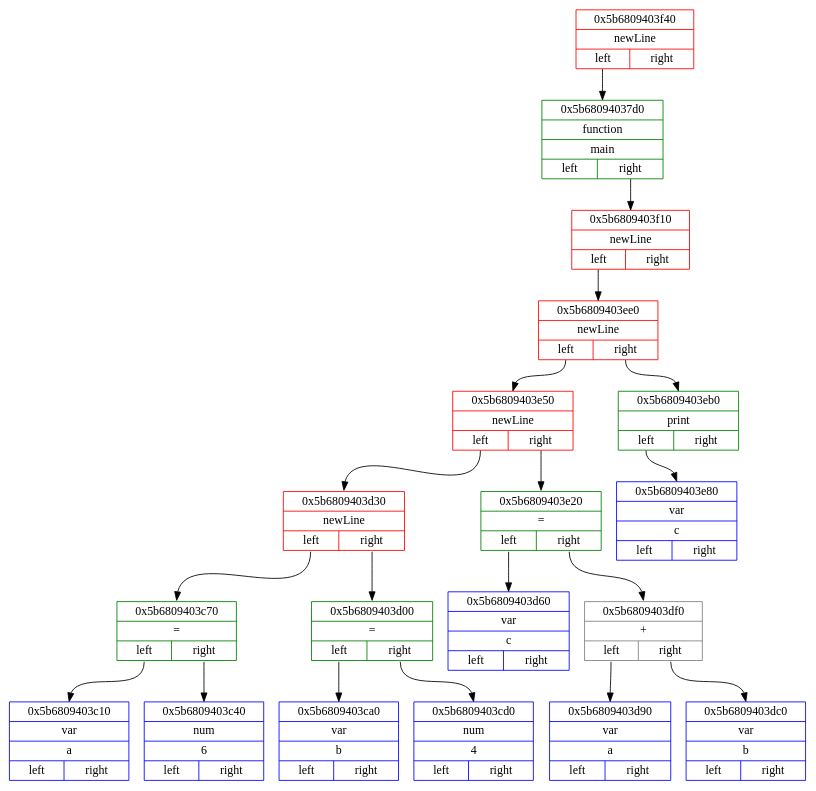
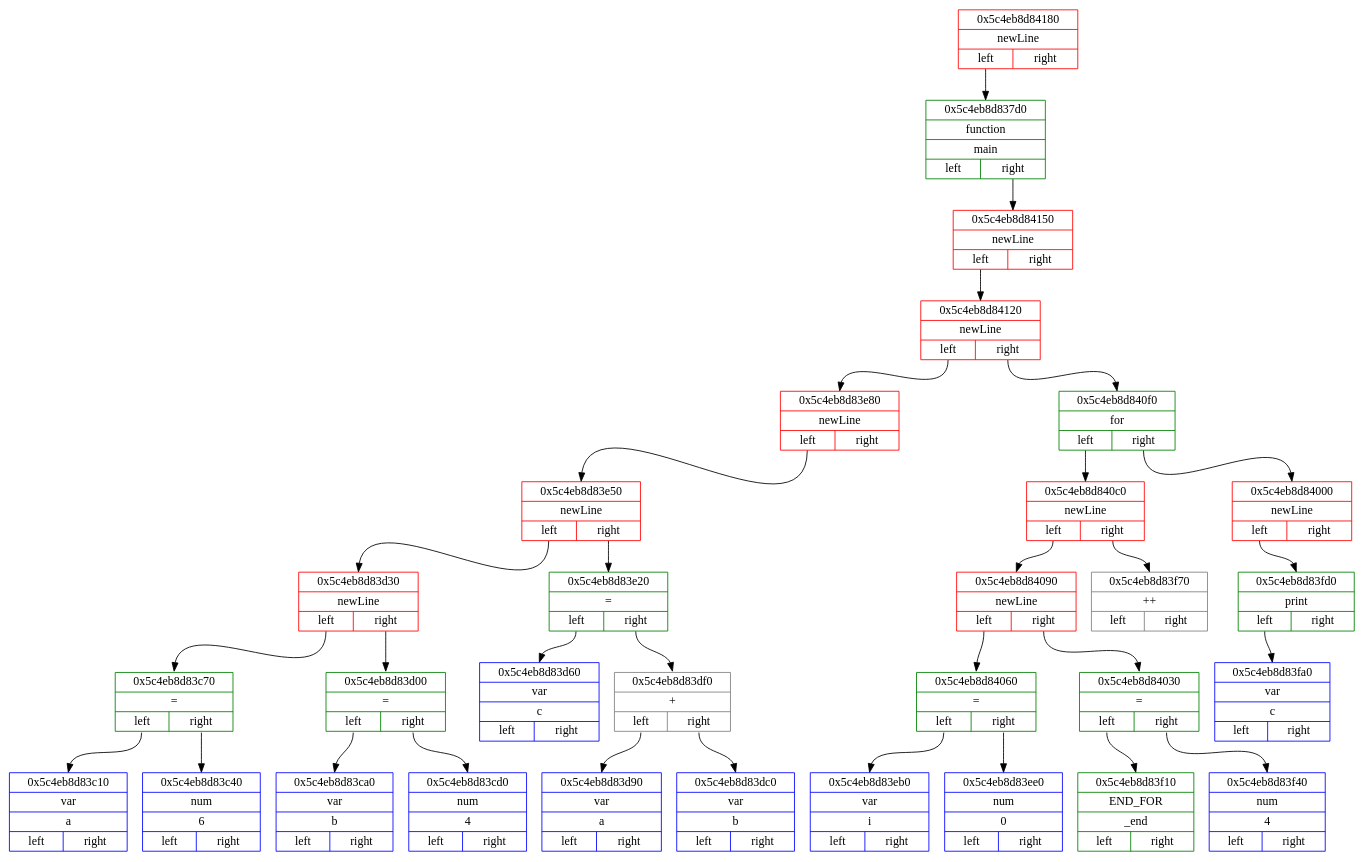
The diagram in dot_files/frontenedDotFile.dot (Matvey787/Language), drawn with Graphviz before and after one commit. The commit also changed 14 other files, not shown here.

```diff
--- a/dot_files/frontenedDotFile.dot
+++ b/dot_files/frontenedDotFile.dot
@@ -1,42 +1,66 @@
 digraph
 { 
 rankdir=HR;
 
-node0x5b6809403f40 [ shape=record, color = red rank = 1, label= "{ 0x5b6809403f40 | newLine |         {<n0x5b6809403f40_l> left | <n0x5b6809403f40_r> right}} " ];
-node0x5b68094037d0 [ shape=record, color = green rank = 2, label= "{ 0x5b68094037d0 | function | main |         {<n0x5b68094037d0_l> left | <n0x5b68094037d0_r> right}} " ];
-node0x5b6809403f10 [ shape=record, color = red rank = 3, label= "{ 0x5b6809403f10 | newLine |         {<n0x5b6809403f10_l> left | <n0x5b6809403f10_r> right}} " ];
-node0x5b6809403ee0 [ shape=record, color = red rank = 4, label= "{ 0x5b6809403ee0 | newLine |         {<n0x5b6809403ee0_l> left | <n0x5b6809403ee0_r> right}} " ];
-node0x5b6809403e50 [ shape=record, color = red rank = 5, label= "{ 0x5b6809403e50 | newLine |         {<n0x5b6809403e50_l> left | <n0x5b6809403e50_r> right}} " ];
-node0x5b6809403d30 [ shape=record, color = red rank = 6, label= "{ 0x5b6809403d30 | newLine |         {<n0x5b6809403d30_l> left | <n0x5b6809403d30_r> right}} " ];
-node0x5b6809403c70 [ shape=record, color = green rank = 7, label= "{ 0x5b6809403c70 | = |         {<n0x5b6809403c70_l> left | <n0x5b6809403c70_r> right}} " ];
-node0x5b6809403c10 [ shape=record, color = blue rank = 8, label= "{ 0x5b6809403c10 | var | a |         {<n0x5b6809403c10_l> left | <n0x5b6809403c10_r> right}} " ];
-node0x5b6809403c70:<n0x5b6809403c70_l>:s -> node0x5b6809403c10:n [ color = black; ]
-node0x5b6809403c40 [ shape=record, color = blue rank = 9, label= "{ 0x5b6809403c40 | num | 6 |         {<n0x5b6809403c40_l> left | <n0x5b6809403c40_r> right}} " ];
-node0x5b6809403c70:<n0x5b6809403c70_r>:s -> node0x5b6809403c40:n [ color = black; ]
-node0x5b6809403d30:<n0x5b6809403d30_l>:s -> node0x5b6809403c70:n [ color = black; ]
-node0x5b6809403d00 [ shape=record, color = green rank = 8, label= "{ 0x5b6809403d00 | = |         {<n0x5b6809403d00_l> left | <n0x5b6809403d00_r> right}} " ];
-node0x5b6809403ca0 [ shape=record, color = blue rank = 9, label= "{ 0x5b6809403ca0 | var | b |         {<n0x5b6809403ca0_l> left | <n0x5b6809403ca0_r> right}} " ];
-node0x5b6809403d00:<n0x5b6809403d00_l>:s -> node0x5b6809403ca0:n [ color = black; ]
-node0x5b6809403cd0 [ shape=record, color = blue rank = 10, label= "{ 0x5b6809403cd0 | num | 4 |         {<n0x5b6809403cd0_l> left | <n0x5b6809403cd0_r> right}} " ];
-node0x5b6809403d00:<n0x5b6809403d00_r>:s -> node0x5b6809403cd0:n [ color = black; ]
-node0x5b6809403d30:<n0x5b6809403d30_r>:s -> node0x5b6809403d00:n [ color = black; ]
-node0x5b6809403e50:<n0x5b6809403e50_l>:s -> node0x5b6809403d30:n [ color = black; ]
-node0x5b6809403e20 [ shape=record, color = green rank = 7, label= "{ 0x5b6809403e20 | = |         {<n0x5b6809403e20_l> left | <n0x5b6809403e20_r> right}} " ];
-node0x5b6809403d60 [ shape=record, color = blue rank = 8, label= "{ 0x5b6809403d60 | var | c |         {<n0x5b6809403d60_l> left | <n0x5b6809403d60_r> right}} " ];
-node0x5b6809403e20:<n0x5b6809403e20_l>:s -> node0x5b6809403d60:n [ color = black; ]
-node0x5b6809403df0 [ shape=record, color = grey rank = 9, label= "{ 0x5b6809403df0 | + |         {<n0x5b6809403df0_l> left | <n0x5b6809403df0_r> right}} " ];
-node0x5b6809403d90 [ shape=record, color = blue rank = 10, label= "{ 0x5b6809403d90 | var | a |         {<n0x5b6809403d90_l> left | <n0x5b6809403d90_r> right}} " ];
-node0x5b6809403df0:<n0x5b6809403df0_l>:s -> node0x5b6809403d90:n [ color = black; ]
-node0x5b6809403dc0 [ shape=record, color = blue rank = 11, label= "{ 0x5b6809403dc0 | var | b |         {<n0x5b6809403dc0_l> left | <n0x5b6809403dc0_r> right}} " ];
-node0x5b6809403df0:<n0x5b6809403df0_r>:s -> node0x5b6809403dc0:n [ color = black; ]
-node0x5b6809403e20:<n0x5b6809403e20_r>:s -> node0x5b6809403df0:n [ color = black; ]
-node0x5b6809403e50:<n0x5b6809403e50_r>:s -> node0x5b6809403e20:n [ color = black; ]
-node0x5b6809403ee0:<n0x5b6809403ee0_l>:s -> node0x5b6809403e50:n [ color = black; ]
-node0x5b6809403eb0 [ shape=record, color = green rank = 6, label= "{ 0x5b6809403eb0 | print |         {<n0x5b6809403eb0_l> left | <n0x5b6809403eb0_r> right}} " ];
-node0x5b6809403e80 [ shape=record, color = blue rank = 7, label= "{ 0x5b6809403e80 | var | c |         {<n0x5b6809403e80_l> left | <n0x5b6809403e80_r> right}} " ];
-node0x5b6809403eb0:<n0x5b6809403eb0_l>:s -> node0x5b6809403e80:n [ color = black; ]
-node0x5b6809403ee0:<n0x5b6809403ee0_r>:s -> node0x5b6809403eb0:n [ color = black; ]
-node0x5b6809403f10:<n0x5b6809403f10_l>:s -> node0x5b6809403ee0:n [ color = black; ]
-node0x5b68094037d0:<n0x5b68094037d0_r>:s -> node0x5b6809403f10:n [ color = black; ]
-node0x5b6809403f40:<n0x5b6809403f40_l>:s -> node0x5b68094037d0:n [ color = black; ]
+node0x5c4eb8d84180 [ shape=record, color = red rank = 1, label= "{ 0x5c4eb8d84180 | newLine |         {<n0x5c4eb8d84180_l> left | <n0x5c4eb8d84180_r> right}} " ];
+node0x5c4eb8d837d0 [ shape=record, color = green rank = 2, label= "{ 0x5c4eb8d837d0 | function | main |         {<n0x5c4eb8d837d0_l> left | <n0x5c4eb8d837d0_r> right}} " ];
+node0x5c4eb8d84150 [ shape=record, color = red rank = 3, label= "{ 0x5c4eb8d84150 | newLine |         {<n0x5c4eb8d84150_l> left | <n0x5c4eb8d84150_r> right}} " ];
+node0x5c4eb8d84120 [ shape=record, color = red rank = 4, label= "{ 0x5c4eb8d84120 | newLine |         {<n0x5c4eb8d84120_l> left | <n0x5c4eb8d84120_r> right}} " ];
+node0x5c4eb8d83e80 [ shape=record, color = red rank = 5, label= "{ 0x5c4eb8d83e80 | newLine |         {<n0x5c4eb8d83e80_l> left | <n0x5c4eb8d83e80_r> right}} " ];
+node0x5c4eb8d83e50 [ shape=record, color = red rank = 6, label= "{ 0x5c4eb8d83e50 | newLine |         {<n0x5c4eb8d83e50_l> left | <n0x5c4eb8d83e50_r> right}} " ];
+node0x5c4eb8d83d30 [ shape=record, color = red rank = 7, label= "{ 0x5c4eb8d83d30 | newLine |         {<n0x5c4eb8d83d30_l> left | <n0x5c4eb8d83d30_r> right}} " ];
+node0x5c4eb8d83c70 [ shape=record, color = green rank = 8, label= "{ 0x5c4eb8d83c70 | = |         {<n0x5c4eb8d83c70_l> left | <n0x5c4eb8d83c70_r> right}} " ];
+node0x5c4eb8d83c10 [ shape=record, color = blue rank = 9, label= "{ 0x5c4eb8d83c10 | var | a |         {<n0x5c4eb8d83c10_l> left | <n0x5c4eb8d83c10_r> right}} " ];
+node0x5c4eb8d83c70:<n0x5c4eb8d83c70_l>:s -> node0x5c4eb8d83c10:n [ color = black; ]
+node0x5c4eb8d83c40 [ shape=record, color = blue rank = 10, label= "{ 0x5c4eb8d83c40 | num | 6 |         {<n0x5c4eb8d83c40_l> left | <n0x5c4eb8d83c40_r> right}} " ];
+node0x5c4eb8d83c70:<n0x5c4eb8d83c70_r>:s -> node0x5c4eb8d83c40:n [ color = black; ]
+node0x5c4eb8d83d30:<n0x5c4eb8d83d30_l>:s -> node0x5c4eb8d83c70:n [ color = black; ]
+node0x5c4eb8d83d00 [ shape=record, color = green rank = 9, label= "{ 0x5c4eb8d83d00 | = |         {<n0x5c4eb8d83d00_l> left | <n0x5c4eb8d83d00_r> right}} " ];
+node0x5c4eb8d83ca0 [ shape=record, color = blue rank = 10, label= "{ 0x5c4eb8d83ca0 | var | b |         {<n0x5c4eb8d83ca0_l> left | <n0x5c4eb8d83ca0_r> right}} " ];
+node0x5c4eb8d83d00:<n0x5c4eb8d83d00_l>:s -> node0x5c4eb8d83ca0:n [ color = black; ]
+node0x5c4eb8d83cd0 [ shape=record, color = blue rank = 11, label= "{ 0x5c4eb8d83cd0 | num | 4 |         {<n0x5c4eb8d83cd0_l> left | <n0x5c4eb8d83cd0_r> right}} " ];
+node0x5c4eb8d83d00:<n0x5c4eb8d83d00_r>:s -> node0x5c4eb8d83cd0:n [ color = black; ]
+node0x5c4eb8d83d30:<n0x5c4eb8d83d30_r>:s -> node0x5c4eb8d83d00:n [ color = black; ]
+node0x5c4eb8d83e50:<n0x5c4eb8d83e50_l>:s -> node0x5c4eb8d83d30:n [ color = black; ]
+node0x5c4eb8d83e20 [ shape=record, color = green rank = 8, label= "{ 0x5c4eb8d83e20 | = |         {<n0x5c4eb8d83e20_l> left | <n0x5c4eb8d83e20_r> right}} " ];
+node0x5c4eb8d83d60 [ shape=record, color = blue rank = 9, label= "{ 0x5c4eb8d83d60 | var | c |         {<n0x5c4eb8d83d60_l> left | <n0x5c4eb8d83d60_r> right}} " ];
+node0x5c4eb8d83e20:<n0x5c4eb8d83e20_l>:s -> node0x5c4eb8d83d60:n [ color = black; ]
+node0x5c4eb8d83df0 [ shape=record, color = grey rank = 10, label= "{ 0x5c4eb8d83df0 | + |         {<n0x5c4eb8d83df0_l> left | <n0x5c4eb8d83df0_r> right}} " ];
+node0x5c4eb8d83d90 [ shape=record, color = blue rank = 11, label= "{ 0x5c4eb8d83d90 | var | a |         {<n0x5c4eb8d83d90_l> left | <n0x5c4eb8d83d90_r> right}} " ];
+node0x5c4eb8d83df0:<n0x5c4eb8d83df0_l>:s -> node0x5c4eb8d83d90:n [ color = black; ]
+node0x5c4eb8d83dc0 [ shape=record, color = blue rank = 12, label= "{ 0x5c4eb8d83dc0 | var | b |         {<n0x5c4eb8d83dc0_l> left | <n0x5c4eb8d83dc0_r> right}} " ];
+node0x5c4eb8d83df0:<n0x5c4eb8d83df0_r>:s -> node0x5c4eb8d83dc0:n [ color = black; ]
+node0x5c4eb8d83e20:<n0x5c4eb8d83e20_r>:s -> node0x5c4eb8d83df0:n [ color = black; ]
+node0x5c4eb8d83e50:<n0x5c4eb8d83e50_r>:s -> node0x5c4eb8d83e20:n [ color = black; ]
+node0x5c4eb8d83e80:<n0x5c4eb8d83e80_l>:s -> node0x5c4eb8d83e50:n [ color = black; ]
+node0x5c4eb8d84120:<n0x5c4eb8d84120_l>:s -> node0x5c4eb8d83e80:n [ color = black; ]
+node0x5c4eb8d840f0 [ shape=record, color = green rank = 6, label= "{ 0x5c4eb8d840f0 | for |         {<n0x5c4eb8d840f0_l> left | <n0x5c4eb8d840f0_r> right}} " ];
+node0x5c4eb8d840c0 [ shape=record, color = red rank = 7, label= "{ 0x5c4eb8d840c0 | newLine |         {<n0x5c4eb8d840c0_l> left | <n0x5c4eb8d840c0_r> right}} " ];
+node0x5c4eb8d84090 [ shape=record, color = red rank = 8, label= "{ 0x5c4eb8d84090 | newLine |         {<n0x5c4eb8d84090_l> left | <n0x5c4eb8d84090_r> right}} " ];
+node0x5c4eb8d84060 [ shape=record, color = green rank = 9, label= "{ 0x5c4eb8d84060 | = |         {<n0x5c4eb8d84060_l> left | <n0x5c4eb8d84060_r> right}} " ];
+node0x5c4eb8d83eb0 [ shape=record, color = blue rank = 10, label= "{ 0x5c4eb8d83eb0 | var | i |         {<n0x5c4eb8d83eb0_l> left | <n0x5c4eb8d83eb0_r> right}} " ];
+node0x5c4eb8d84060:<n0x5c4eb8d84060_l>:s -> node0x5c4eb8d83eb0:n [ color = black; ]
+node0x5c4eb8d83ee0 [ shape=record, color = blue rank = 11, label= "{ 0x5c4eb8d83ee0 | num | 0 |         {<n0x5c4eb8d83ee0_l> left | <n0x5c4eb8d83ee0_r> right}} " ];
+node0x5c4eb8d84060:<n0x5c4eb8d84060_r>:s -> node0x5c4eb8d83ee0:n [ color = black; ]
+node0x5c4eb8d84090:<n0x5c4eb8d84090_l>:s -> node0x5c4eb8d84060:n [ color = black; ]
+node0x5c4eb8d84030 [ shape=record, color = green rank = 10, label= "{ 0x5c4eb8d84030 | = |         {<n0x5c4eb8d84030_l> left | <n0x5c4eb8d84030_r> right}} " ];
+node0x5c4eb8d83f10 [ shape=record, color = green rank = 11, label= "{ 0x5c4eb8d83f10 | END_FOR | _end |         {<n0x5c4eb8d83f10_l> left | <n0x5c4eb8d83f10_r> right}} " ];
+node0x5c4eb8d84030:<n0x5c4eb8d84030_l>:s -> node0x5c4eb8d83f10:n [ color = black; ]
+node0x5c4eb8d83f40 [ shape=record, color = blue rank = 12, label= "{ 0x5c4eb8d83f40 | num | 4 |         {<n0x5c4eb8d83f40_l> left | <n0x5c4eb8d83f40_r> right}} " ];
+node0x5c4eb8d84030:<n0x5c4eb8d84030_r>:s -> node0x5c4eb8d83f40:n [ color = black; ]
+node0x5c4eb8d84090:<n0x5c4eb8d84090_r>:s -> node0x5c4eb8d84030:n [ color = black; ]
+node0x5c4eb8d840c0:<n0x5c4eb8d840c0_l>:s -> node0x5c4eb8d84090:n [ color = black; ]
+node0x5c4eb8d83f70 [ shape=record, color = grey rank = 9, label= "{ 0x5c4eb8d83f70 | ++ |         {<n0x5c4eb8d83f70_l> left | <n0x5c4eb8d83f70_r> right}} " ];
+node0x5c4eb8d840c0:<n0x5c4eb8d840c0_r>:s -> node0x5c4eb8d83f70:n [ color = black; ]
+node0x5c4eb8d840f0:<n0x5c4eb8d840f0_l>:s -> node0x5c4eb8d840c0:n [ color = black; ]
+node0x5c4eb8d84000 [ shape=record, color = red rank = 8, label= "{ 0x5c4eb8d84000 | newLine |         {<n0x5c4eb8d84000_l> left | <n0x5c4eb8d84000_r> right}} " ];
+node0x5c4eb8d83fd0 [ shape=record, color = green rank = 9, label= "{ 0x5c4eb8d83fd0 | print |         {<n0x5c4eb8d83fd0_l> left | <n0x5c4eb8d83fd0_r> right}} " ];
+node0x5c4eb8d83fa0 [ shape=record, color = blue rank = 10, label= "{ 0x5c4eb8d83fa0 | var | c |         {<n0x5c4eb8d83fa0_l> left | <n0x5c4eb8d83fa0_r> right}} " ];
+node0x5c4eb8d83fd0:<n0x5c4eb8d83fd0_l>:s -> node0x5c4eb8d83fa0:n [ color = black; ]
+node0x5c4eb8d84000:<n0x5c4eb8d84000_l>:s -> node0x5c4eb8d83fd0:n [ color = black; ]
+node0x5c4eb8d840f0:<n0x5c4eb8d840f0_r>:s -> node0x5c4eb8d84000:n [ color = black; ]
+node0x5c4eb8d84120:<n0x5c4eb8d84120_r>:s -> node0x5c4eb8d840f0:n [ color = black; ]
+node0x5c4eb8d84150:<n0x5c4eb8d84150_l>:s -> node0x5c4eb8d84120:n [ color = black; ]
+node0x5c4eb8d837d0:<n0x5c4eb8d837d0_r>:s -> node0x5c4eb8d84150:n [ color = black; ]
+node0x5c4eb8d84180:<n0x5c4eb8d84180_l>:s -> node0x5c4eb8d837d0:n [ color = black; ]
 }
```
